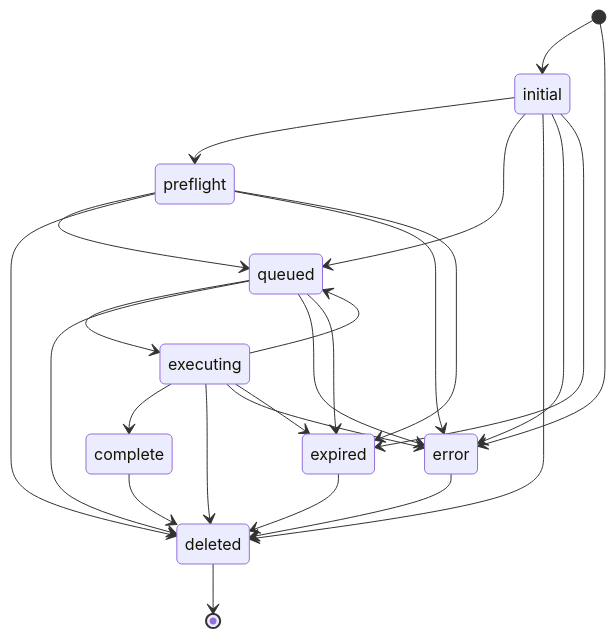
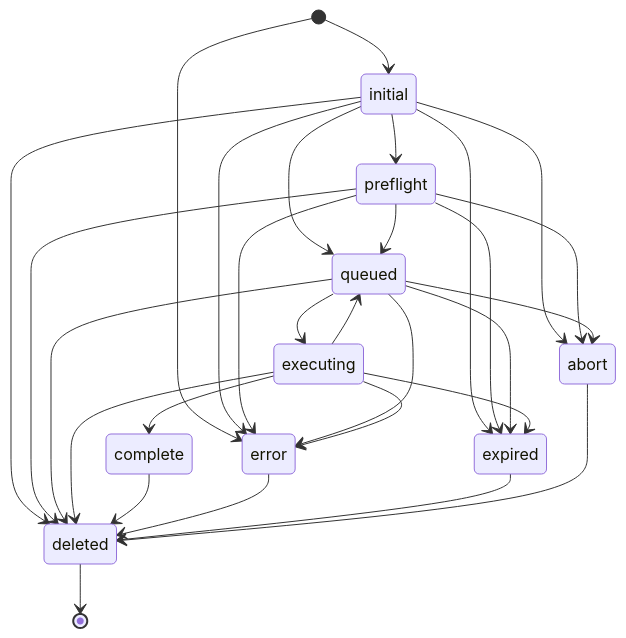
One commit to shakenfist/shakenfist changed the first of 12 diagrams in docs/developer_guide/state_machine.md. Above: the diagram before and after it, drawn with Mermaid. The commit also changed other lines of this file and 5 other files, not shown here.

````diff
--- a/docs/developer_guide/state_machine.md
+++ b/docs/developer_guide/state_machine.md
@@ -50,35 +60,40 @@
 ```mermaid
 stateDiagram-v2
   [*] --> initial
   [*] --> error
 
   initial --> preflight
   initial --> queued
   initial --> deleted
   initial --> error
   initial --> expired
+  initial --> abort
 
   preflight --> queued
   preflight --> deleted
   preflight --> error
   preflight --> expired
+  preflight --> abort
 
   queued --> executing
   queued --> deleted
   queued --> error
   queued --> expired
+  queued --> abort
 
   executing --> complete
   executing --> queued
   executing --> deleted
   executing --> error
   executing --> expired
 
   complete --> deleted
 
   error --> deleted
 
   expired --> deleted
 
+  abort --> deleted
+
   deleted --> [*]
 ```
````
